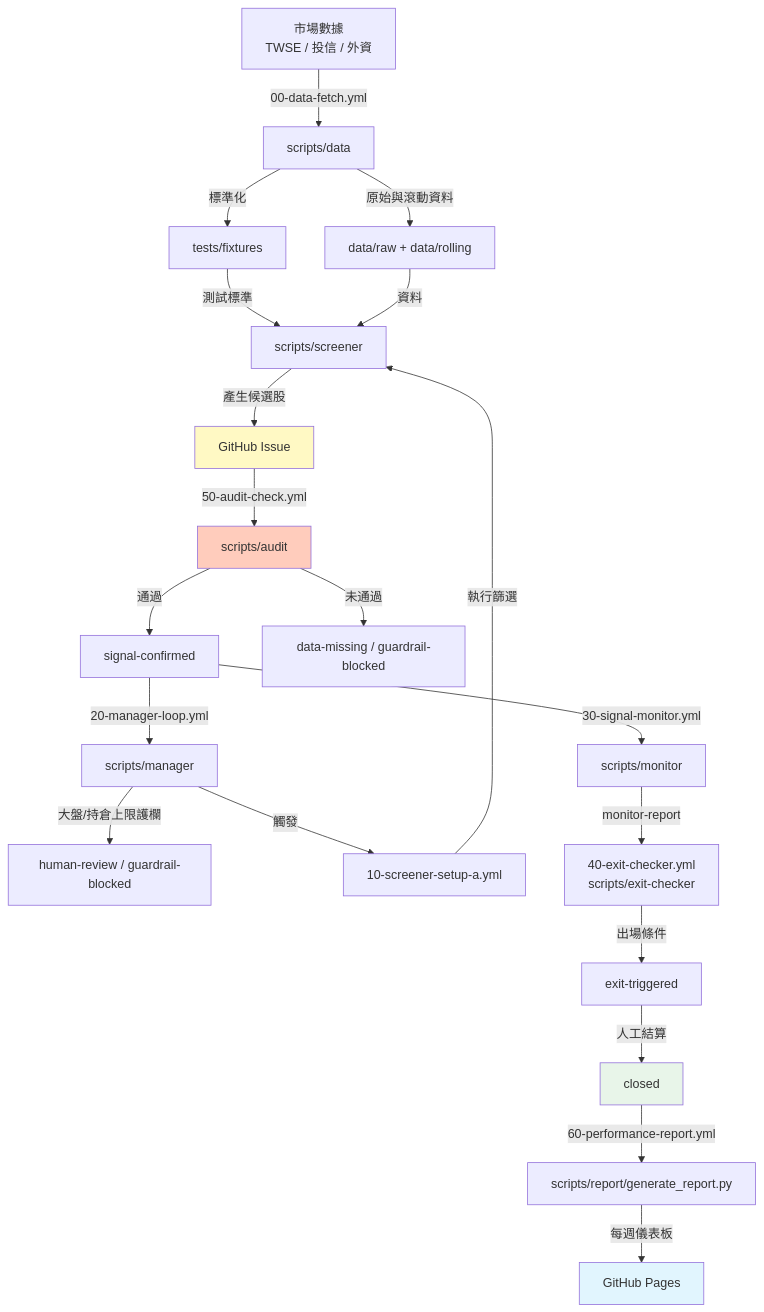
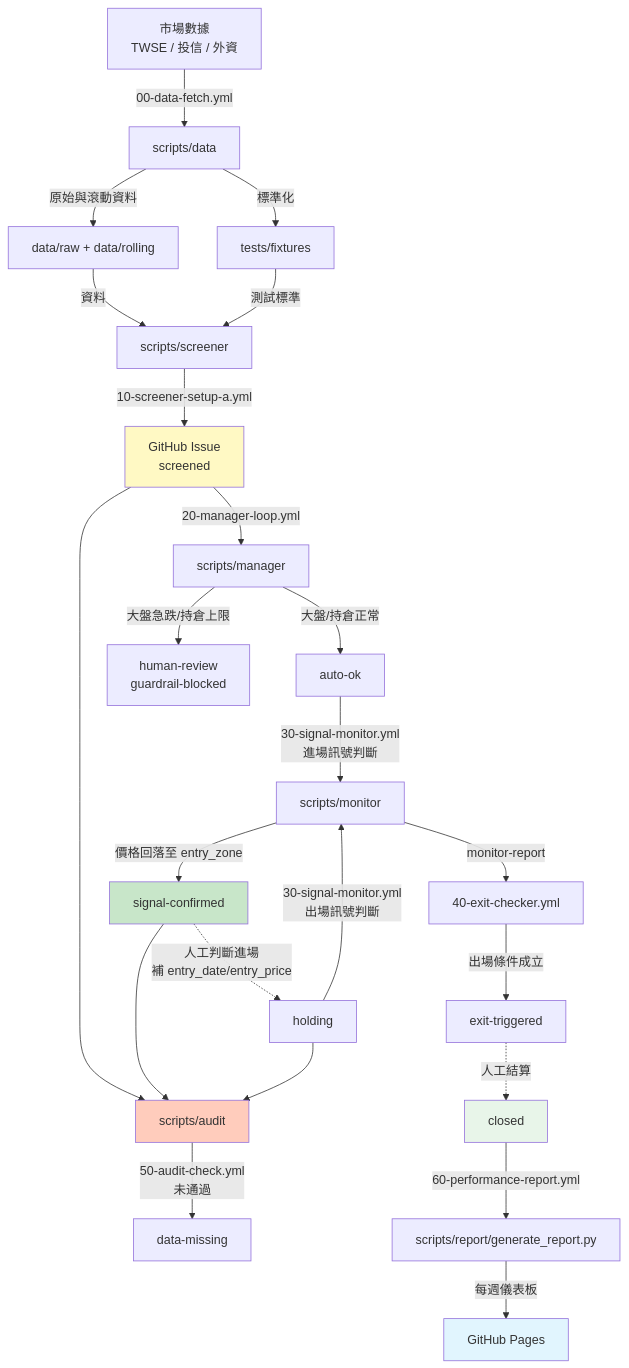
The diagram in system-map.md (nicklai12/tw-institutional-strategy), drawn with Mermaid before and after one commit. The commit also changed other lines of this file and 1 other file, not shown here.

First line of the commit message:
Sync system-map.md and spec.md with new process flow

````diff
--- a/system-map.md
+++ b/system-map.md
@@ -9,27 +22,31 @@
 ```mermaid
 graph TD
     A[市場數據<br/>TWSE / 投信 / 外資] -->|00-data-fetch.yml| B[scripts/data]
     B -->|標準化| C[tests/fixtures]
     B -->|原始與滾動資料| D[data/raw + data/rolling]
-    H[signal-confirmed] -->|20-manager-loop.yml| J[scripts/manager]
-    J -->|大盤/持倉上限護欄| K[human-review / guardrail-blocked]
-    J -->|觸發| Q[10-screener-setup-a.yml]
-    C -->|測試標準| E[scripts/screener]
-    D -->|資料| E
-    Q -->|執行篩選| E
-    E -->|產生候選股| F[GitHub Issue]
-    F -->|50-audit-check.yml| G[scripts/audit]
-    G -->|通過| H
-    G -->|未通過| I[data-missing / guardrail-blocked]
-    H -->|30-signal-monitor.yml| L[scripts/monitor]
-    L -->|monitor-report| R[40-exit-checker.yml<br/>scripts/exit-checker]
-    R -->|出場條件| M[exit-triggered]
-    M -->|人工結算| N[closed]
+    D -->|資料| E[scripts/screener]
+    C -->|測試標準| E
+    E -->|10-screener-setup-a.yml| F[GitHub Issue<br/>screened]
+    F -->|20-manager-loop.yml| J[scripts/manager]
+    J -->|大盤/持倉正常| K[auto-ok]
+    J -->|大盤急跌/持倉上限| KK[human-review<br/>guardrail-blocked]
+    K -->|30-signal-monitor.yml<br/>進場訊號判斷| L[scripts/monitor]
+    L -->|價格回落至 entry_zone| H[signal-confirmed]
+    H -. 人工判斷進場<br/>補 entry_date/entry_price .-> HOLD[holding]
+    HOLD -->|30-signal-monitor.yml<br/>出場訊號判斷| L
+    L -->|monitor-report| R[40-exit-checker.yml]
+    R -->|出場條件成立| M[exit-triggered]
+    M -. 人工結算 .-> N[closed]
+    F --> AUD[scripts/audit]
+    H --> AUD
+    HOLD --> AUD
+    AUD -->|50-audit-check.yml<br/>未通過| I[data-missing]
     N -->|60-performance-report.yml| O[scripts/report/generate_report.py]
     O -->|每週儀表板| P[GitHub Pages]
 
     style F fill:#fff9c4
-    style G fill:#ffccbc
+    style H fill:#c8e6c9
+    style AUD fill:#ffccbc
     style N fill:#e8f5e9
     style P fill:#e1f5fe
 ```
````
